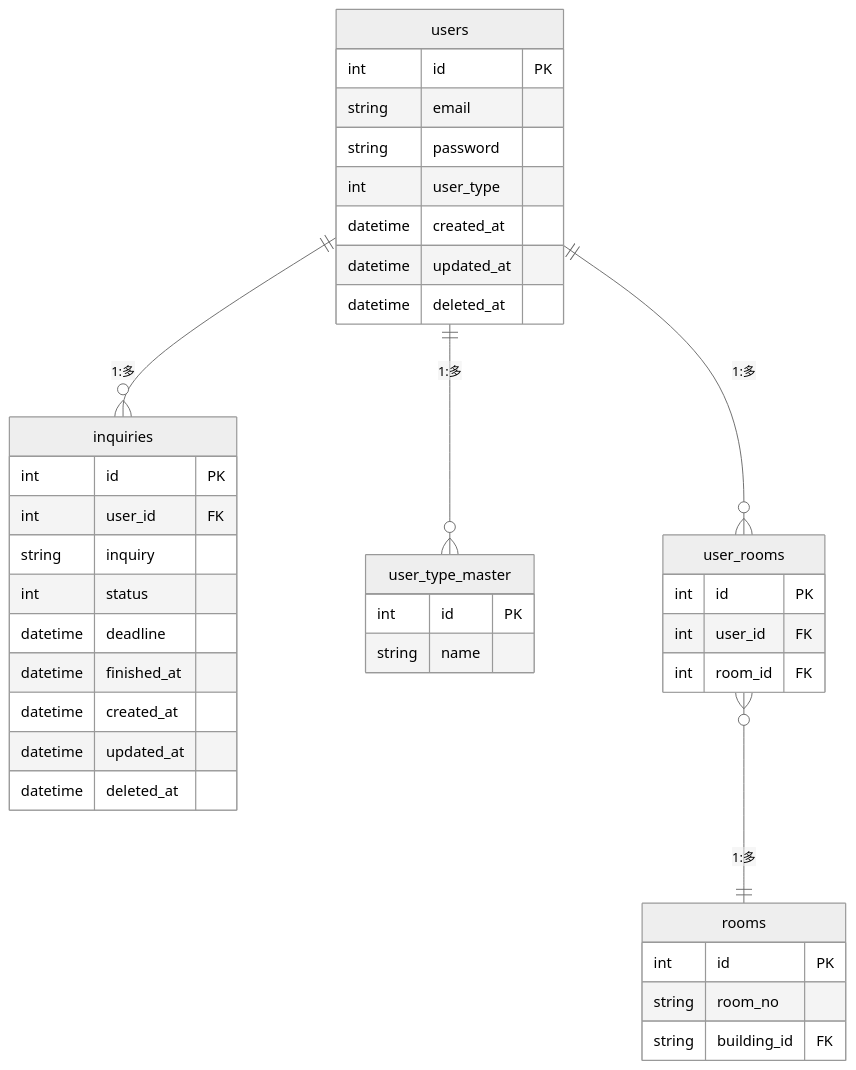
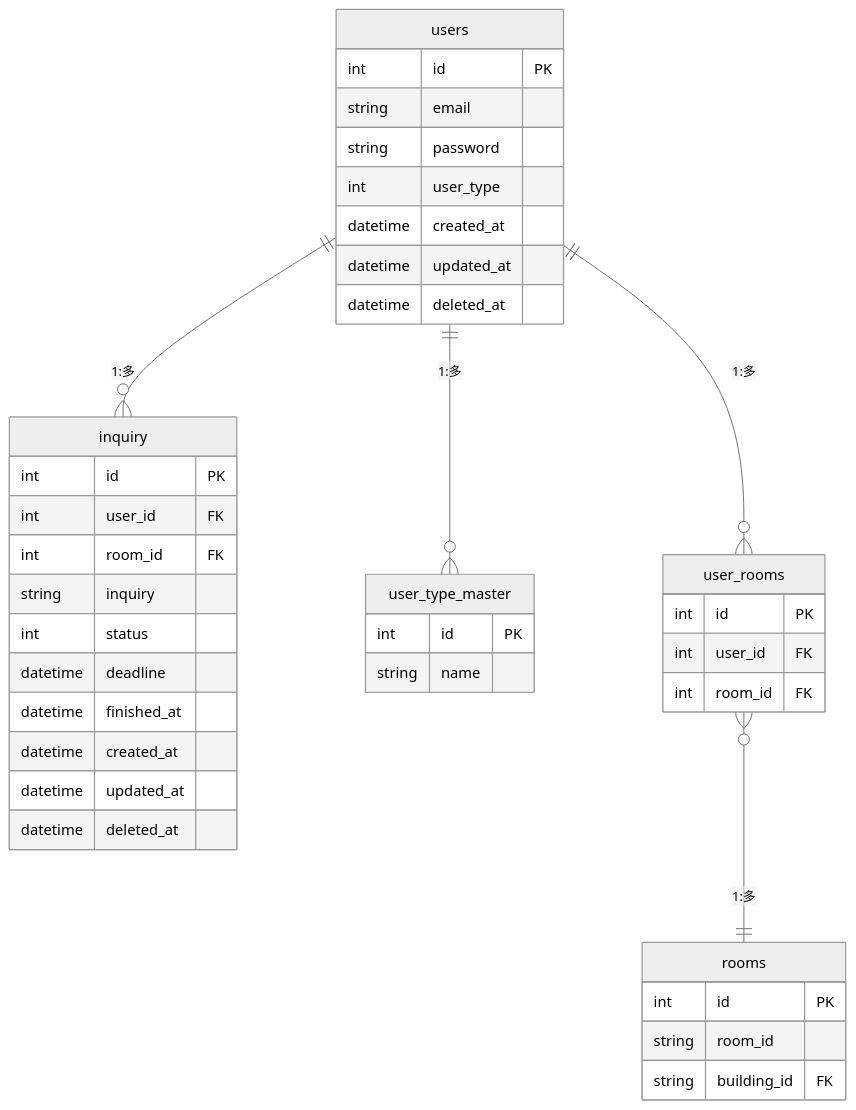
One commit to rictusempra52/APIkadai changed the diagram in db_design/db_design.md. Above: the diagram before and after it, drawn with Mermaid (neutral theme). The commit also changed 6 other files, not shown here.

````diff
--- a/db_design/db_design.md
+++ b/db_design/db_design.md
@@ -3,47 +3,48 @@
 ```mermaid
 erDiagram
 
-users ||--o{ inquiries : "1:多"
+users ||--o{ inquiry : "1:多"
 users ||--o{ user_type_master : "1:多"
 users ||--o{ user_rooms : "1:多"
 user_rooms }o--|| rooms : "1:多"
 
 users {
     int id PK
     string email
     string  password
     int user_type
     datetime created_at
     datetime updated_at
     datetime deleted_at
 }
 
 user_rooms {
     int id PK
     int user_id FK
     int room_id FK
 }
 
 rooms {
     int id PK
-    string room_no
+    string room_id
     string building_id FK
 }
 
-inquiries {
+inquiry {
     int id PK
     int user_id FK
+    int room_id FK
     string inquiry
     int status
     datetime deadline
     datetime finished_at
     datetime created_at
     datetime updated_at
     datetime deleted_at
 }
 
 user_type_master {
     int id PK
     string name
 }
 ```
````
